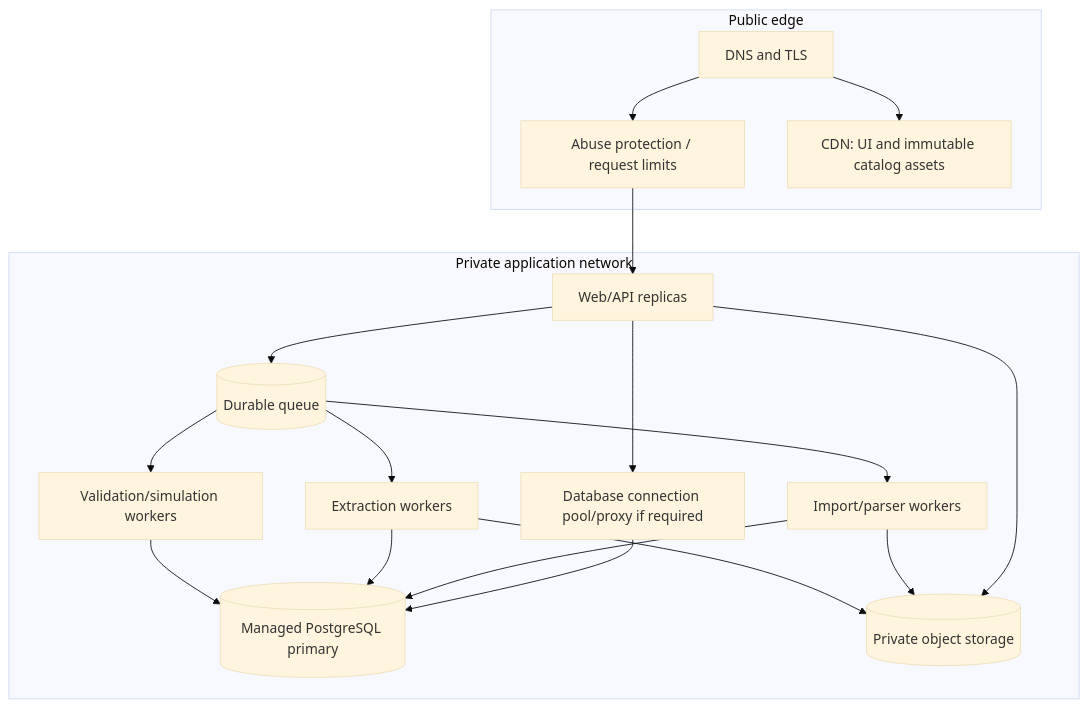
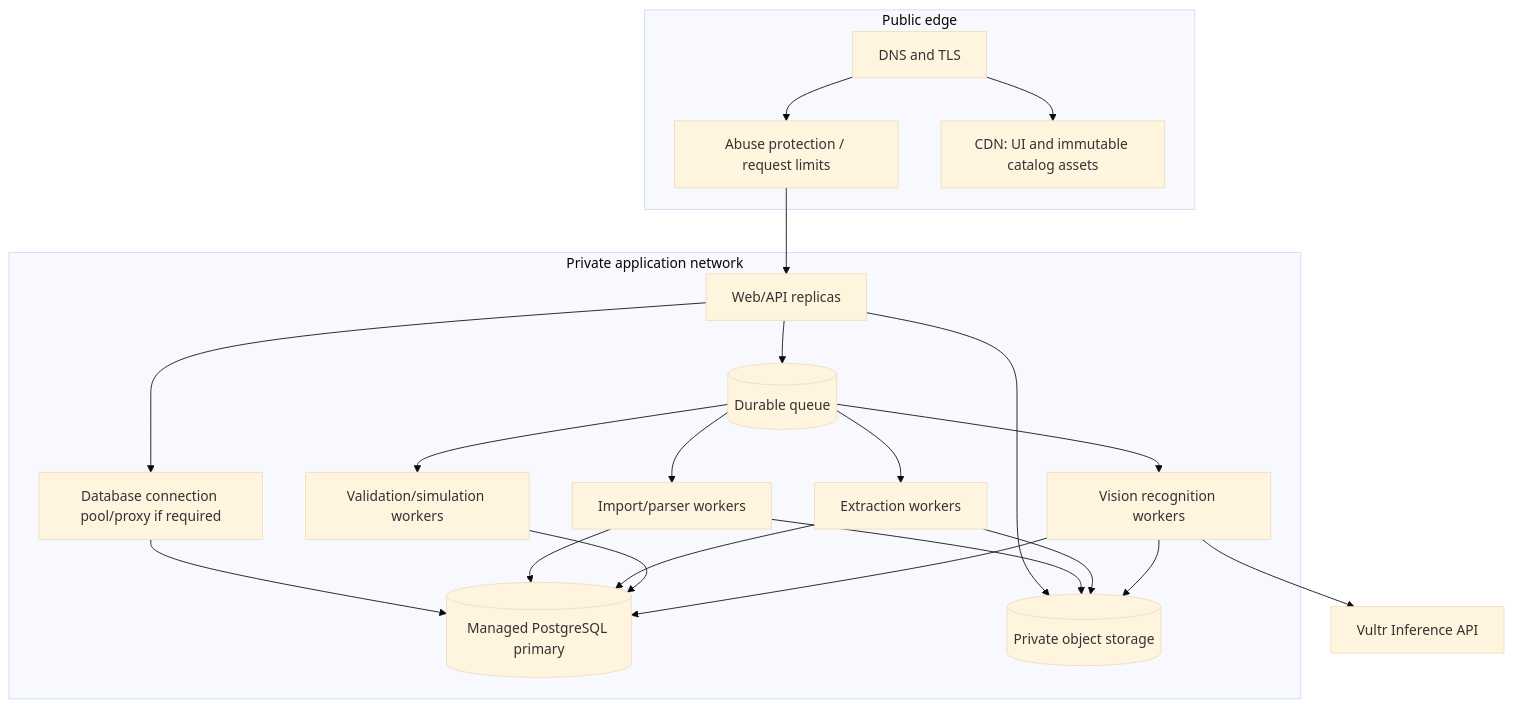
One commit to choksi2212/schemora-lab changed the third of 4 diagrams in docs/System-Design.md. Above: the diagram before and after it, drawn with Mermaid (base theme). The commit also changed other lines of this file and 17 other files, not shown here.

````diff
--- a/docs/System-Design.md
+++ b/docs/System-Design.md
@@ -203,31 +205,37 @@
 ```mermaid
 flowchart TB
   subgraph Public[Public edge]
     DNS[DNS and TLS]
     WAF[Abuse protection / request limits]
     CDN[CDN: UI and immutable catalog assets]
   end
   subgraph Private[Private application network]
     Web[Web/API replicas]
     WorkerA[Import/parser workers]
     WorkerB[Extraction workers]
     WorkerC[Validation/simulation workers]
+    WorkerD[Vision recognition workers]
     Pool[Database connection pool/proxy if required]
     DB[(Managed PostgreSQL primary)]
     Q[(Durable queue)]
     Obj[(Private object storage)]
   end
+  VisionProvider[Vultr Inference API]
   DNS --> WAF --> Web
   DNS --> CDN
   Web --> Pool --> DB
   Web --> Obj
   Web --> Q
   Q --> WorkerA
   Q --> WorkerB
   Q --> WorkerC
+  Q --> WorkerD
   WorkerA --> DB
   WorkerA --> Obj
   WorkerB --> DB
   WorkerB --> Obj
   WorkerC --> DB
+  WorkerD --> DB
+  WorkerD --> Obj
+  WorkerD --> VisionProvider
 ```
````
